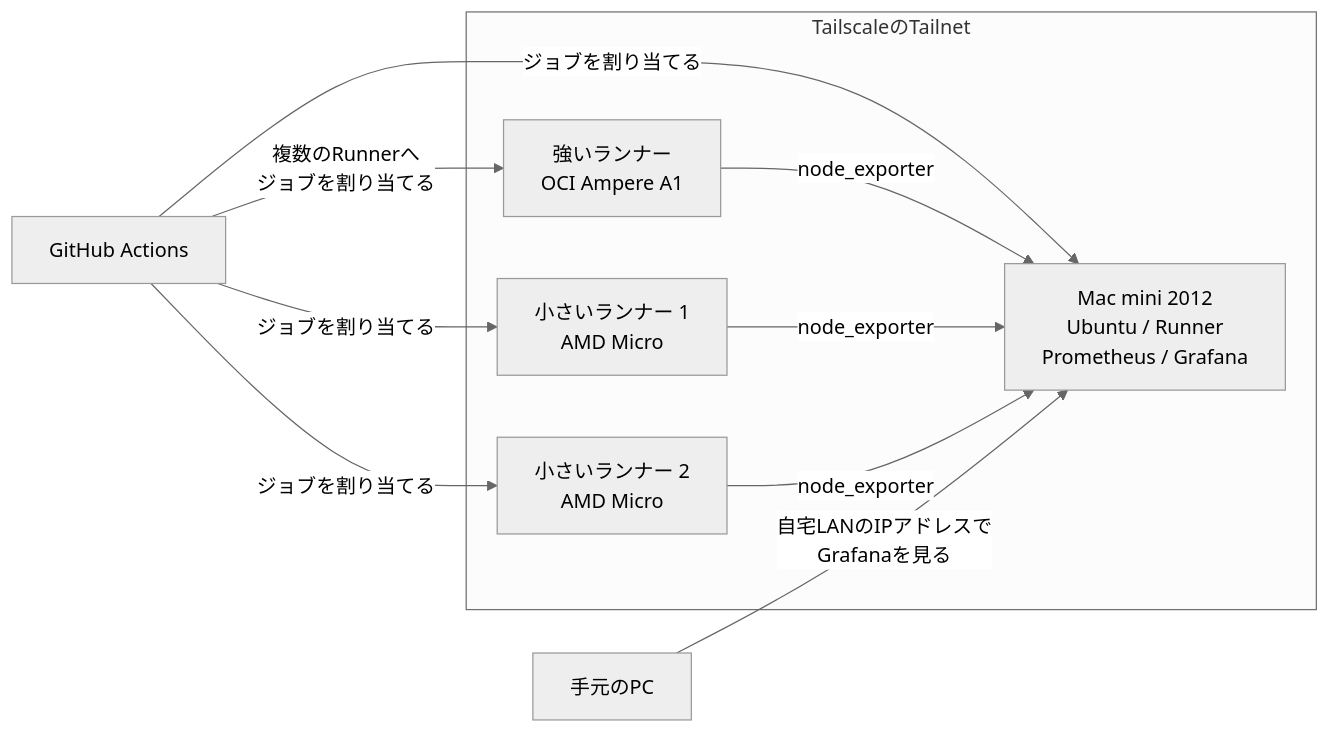
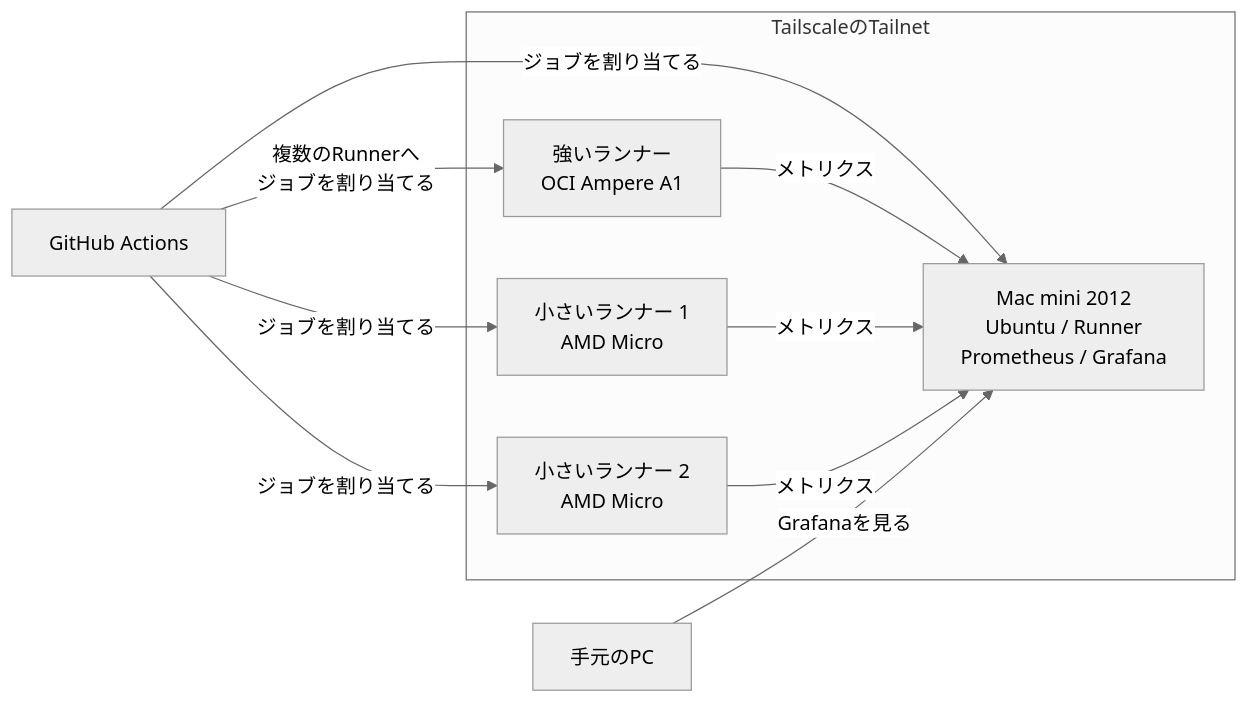
Before and after one commit to ara-ta3/zenn.dev: the first of 2 diagrams in articles/monitor-oracle-cloud-github-actions-runners.md, drawn with Mermaid (neutral theme). The commit also changed other lines of this file, not shown here.

````diff
--- a/articles/monitor-oracle-cloud-github-actions-runners.md
+++ b/articles/monitor-oracle-cloud-github-actions-runners.md
@@ -21,26 +29,26 @@
 ```mermaid
 flowchart LR
   github[GitHub Actions]
   arm[強いランナー<br>OCI Ampere A1]
   micro1[小さいランナー 1<br>AMD Micro]
   micro2[小さいランナー 2<br>AMD Micro]
   monitoring[Mac mini 2012<br>Ubuntu / Runner<br>Prometheus / Grafana]
   pc[手元のPC]
 
   github -->|複数のRunnerへ<br>ジョブを割り当てる| arm
   github -->|ジョブを割り当てる| micro1
   github -->|ジョブを割り当てる| micro2
   github -->|ジョブを割り当てる| monitoring
 
-  arm -->|node_exporter| monitoring
-  micro1 -->|node_exporter| monitoring
-  micro2 -->|node_exporter| monitoring
-  pc -->|自宅LANのIPアドレスで<br>Grafanaを見る| monitoring
+  arm -->|メトリクス| monitoring
+  micro1 -->|メトリクス| monitoring
+  micro2 -->|メトリクス| monitoring
+  pc -->|Grafanaを見る| monitoring
 
   subgraph tailnet[TailscaleのTailnet]
     arm
     micro1
     micro2
     monitoring
   end
 ```
````
